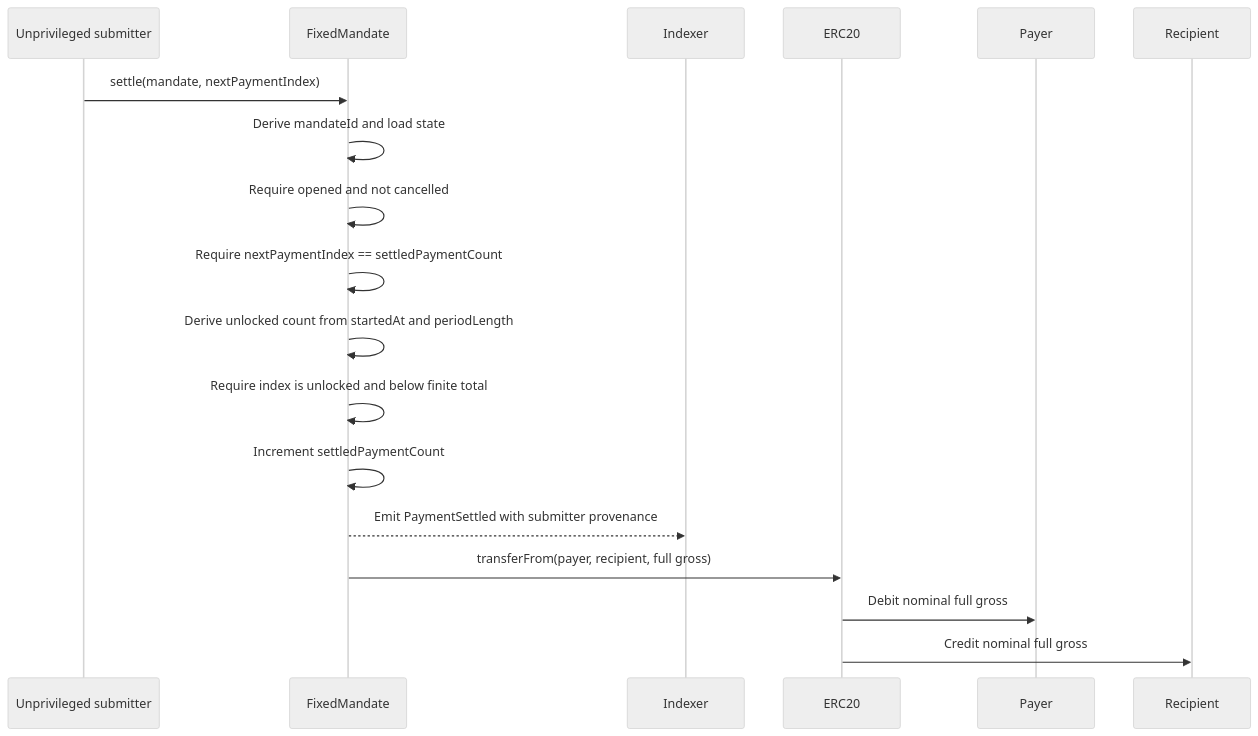
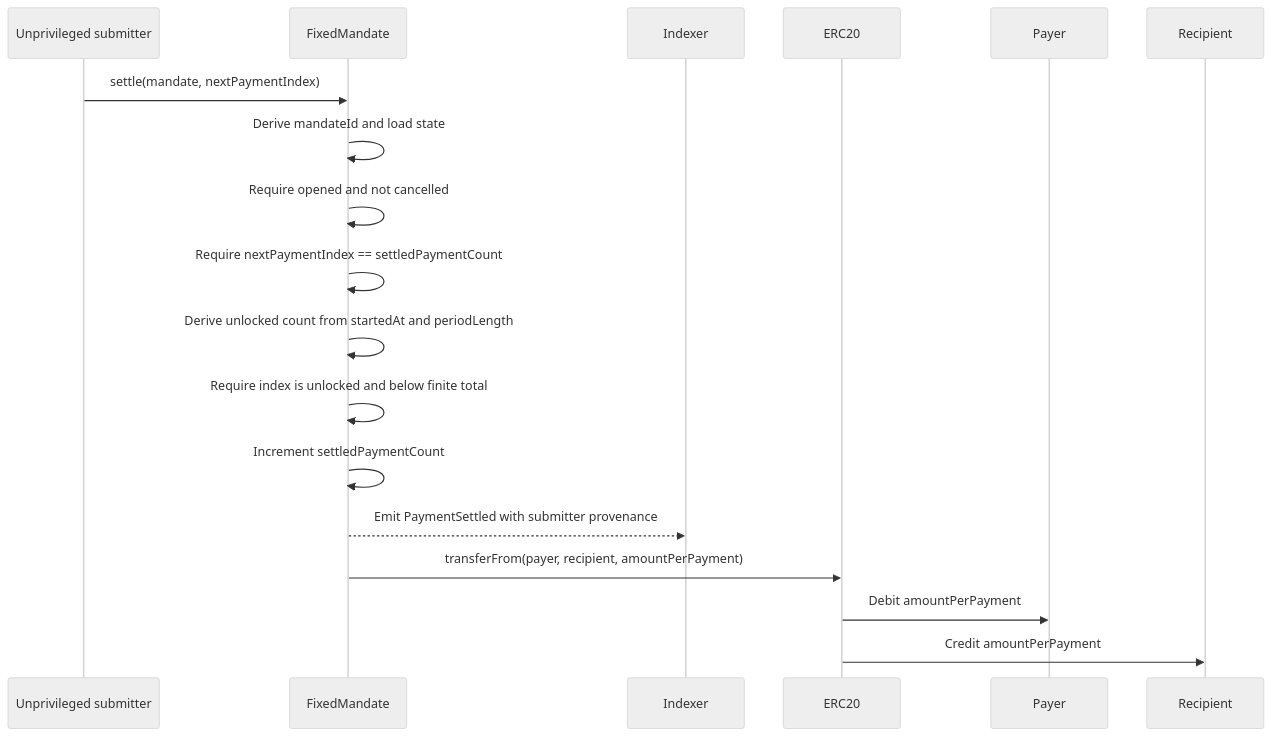
Before and after one commit to alexroan/mandate-protocol: the third of 4 diagrams in PROTOCOL.md, drawn with Mermaid (neutral theme). The commit also changed other lines of this file and 7 other files, not shown here.

````diff
--- a/PROTOCOL.md
+++ b/PROTOCOL.md
@@ -306,21 +306,21 @@
 ```mermaid
 sequenceDiagram
     participant S as Unprivileged submitter
     participant E as FixedMandate
     participant I as Indexer
     participant T as ERC20
     participant P as Payer
     participant R as Recipient
 
     S->>E: settle(mandate, nextPaymentIndex)
     E->>E: Derive mandateId and load state
     E->>E: Require opened and not cancelled
     E->>E: Require nextPaymentIndex == settledPaymentCount
     E->>E: Derive unlocked count from startedAt and periodLength
     E->>E: Require index is unlocked and below finite total
     E->>E: Increment settledPaymentCount
     E-->>I: Emit PaymentSettled with submitter provenance
-    E->>T: transferFrom(payer, recipient, full gross)
-    T->>P: Debit nominal full gross
-    T->>R: Credit nominal full gross
+    E->>T: transferFrom(payer, recipient, amountPerPayment)
+    T->>P: Debit amountPerPayment
+    T->>R: Credit amountPerPayment
 ```
````
